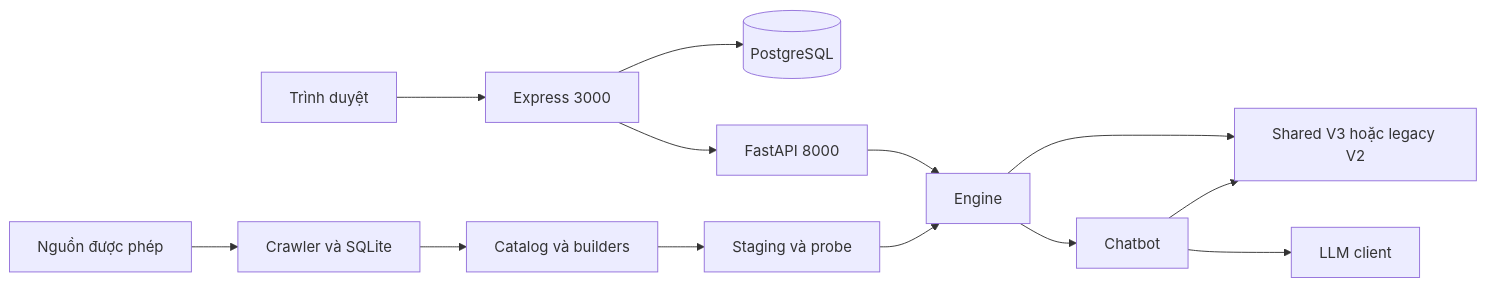
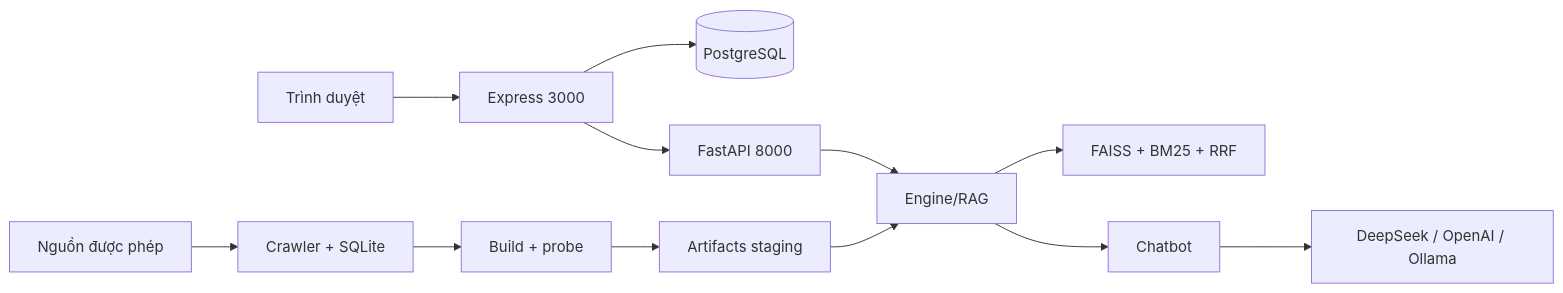
Before and after one commit to tranviettien01072005-dotcom/ITLR--RAG: the diagram in README.md, drawn with Mermaid. The commit also changed other lines of this file and 89 other files, not shown here.

````diff
--- a/README.md
+++ b/README.md
@@ -36,15 +29,14 @@
 ```mermaid
 flowchart LR
     Browser[Trình duyệt] --> Web[Express 3000]
     Web --> PG[(PostgreSQL)]
     Web --> API[FastAPI 8000]
-    API --> Engine[Engine]
-    Engine --> Retrieval[Shared V3 hoặc legacy V2]
+    API --> Engine[Engine/RAG]
+    Engine --> Retrieval[FAISS + BM25 + RRF]
     Engine --> Chat[Chatbot]
-    Chat --> Retrieval
-    Chat --> LLM[LLM client]
-    Sources[Nguồn được phép] --> Crawl[Crawler và SQLite]
-    Crawl --> Build[Catalog và builders]
-    Build --> Versions[Staging và probe]
+    Chat --> Provider[DeepSeek / OpenAI / Ollama]
+    Sources[Nguồn được phép] --> Crawl[Crawler + SQLite]
+    Crawl --> Build[Build + probe]
+    Build --> Versions[Artifacts staging]
     Versions --> Engine
 ```
````
